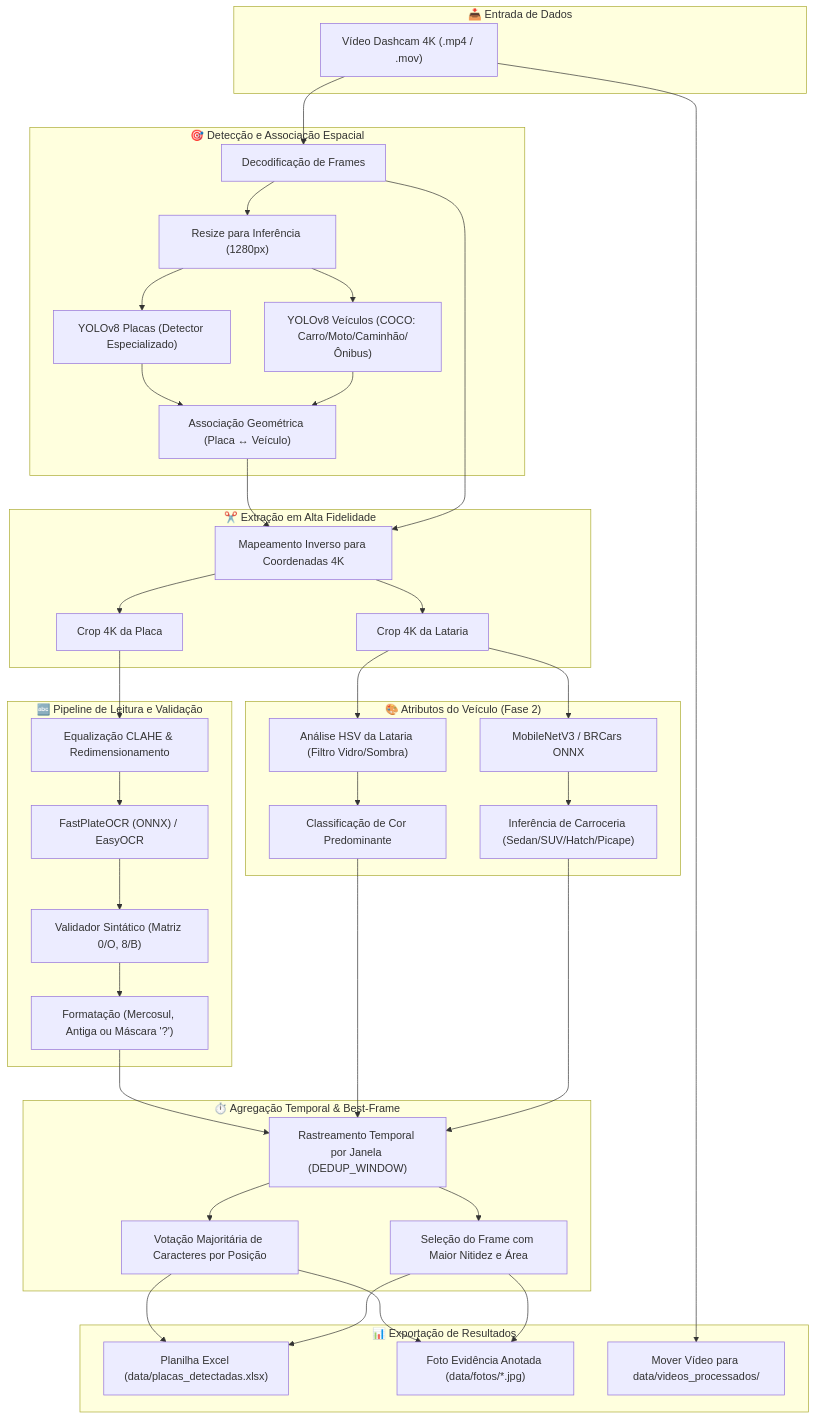
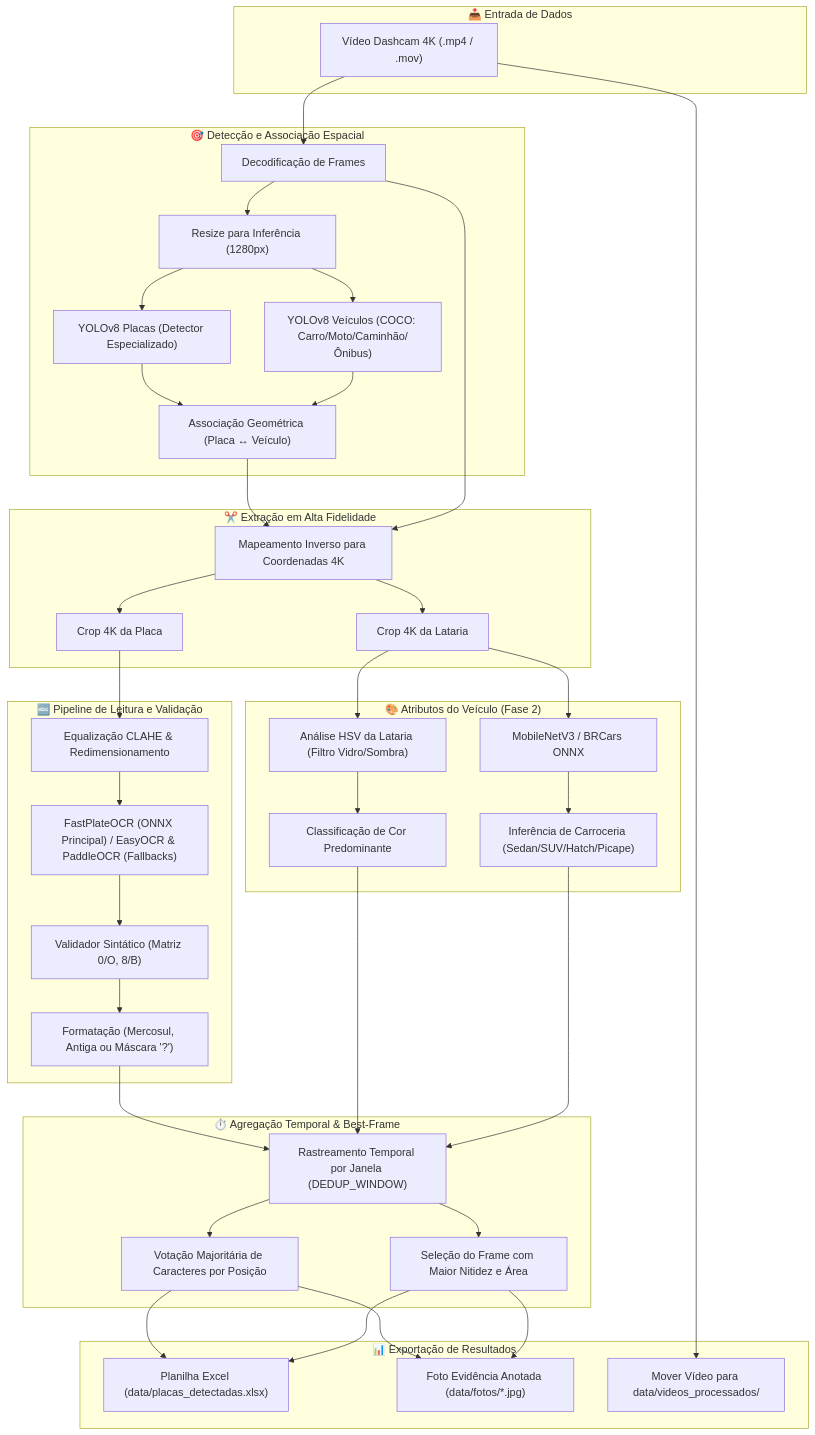
Before and after one commit to msouzza/brazilian-alpr-vmmr: the diagram in README.md, drawn with Mermaid. The commit also changed other lines of this file and 9 other files, not shown here.

````diff
--- a/README.md
+++ b/README.md
@@ -70,47 +70,47 @@
 ```mermaid
 flowchart TD
     subgraph Entrada [" 📥 Entrada de Dados "]
         V["Vídeo Dashcam 4K (.mp4 / .mov)"]
     end
 
     subgraph Deteccao [" 🎯 Detecção e Associação Espacial "]
         V --> F["Decodificação de Frames"]
         F --> RED["Resize para Inferência (1280px)"]
         RED --> YOLO_P["YOLOv8 Placas (Detector Especializado)"]
         RED --> YOLO_V["YOLOv8 Veículos (COCO: Carro/Moto/Caminhão/Ônibus)"]
         YOLO_P & YOLO_V --> ASSOC["Associação Geométrica (Placa ↔ Veículo)"]
     end
 
     subgraph Extracao [" ✂️ Extração em Alta Fidelidade "]
         ASSOC --> PROJ["Mapeamento Inverso para Coordenadas 4K"]
         F --> PROJ
         PROJ --> CROP_P["Crop 4K da Placa"]
         PROJ --> CROP_V["Crop 4K da Lataria"]
     end
 
     subgraph OCR_Val [" 🔤 Pipeline de Leitura e Validação "]
         CROP_P --> CLAHE["Equalização CLAHE & Redimensionamento"]
-        CLAHE --> OCR["FastPlateOCR (ONNX) / EasyOCR"]
+        CLAHE --> OCR["FastPlateOCR (ONNX Principal) / EasyOCR & PaddleOCR (Fallbacks)"]
         OCR --> VAL["Validador Sintático (Matriz 0/O, 8/B)"]
         VAL --> MASK["Formatação (Mercosul, Antiga ou Máscara '?')"]
     end
 
     subgraph VMMR [" 🎨 Atributos do Veículo (Fase 2) "]
         CROP_V --> HSV["Análise HSV da Lataria (Filtro Vidro/Sombra)"]
         HSV --> COR["Classificação de Cor Predominante"]
         CROP_V --> MNET["MobileNetV3 / BRCars ONNX"]
         MNET --> CARROC["Inferência de Carroceria (Sedan/SUV/Hatch/Picape)"]
     end
 
     subgraph Temporal [" ⏱️ Agregação Temporal & Best-Frame "]
         MASK & COR & CARROC --> TRACK["Rastreamento Temporal por Janela (DEDUP_WINDOW)"]
         TRACK --> VOTE["Votação Majoritária de Caracteres por Posição"]
         TRACK --> BEST["Seleção do Frame com Maior Nitidez e Área"]
     end
 
     subgraph Saida [" 📊 Exportação de Resultados "]
         VOTE & BEST --> XLS["Planilha Excel (data/placas_detectadas.xlsx)"]
         VOTE & BEST --> IMG["Foto Evidência Anotada (data/fotos/*.jpg)"]
         V --> MOV["Mover Vídeo para data/videos_processados/"]
     end
 ```
````
